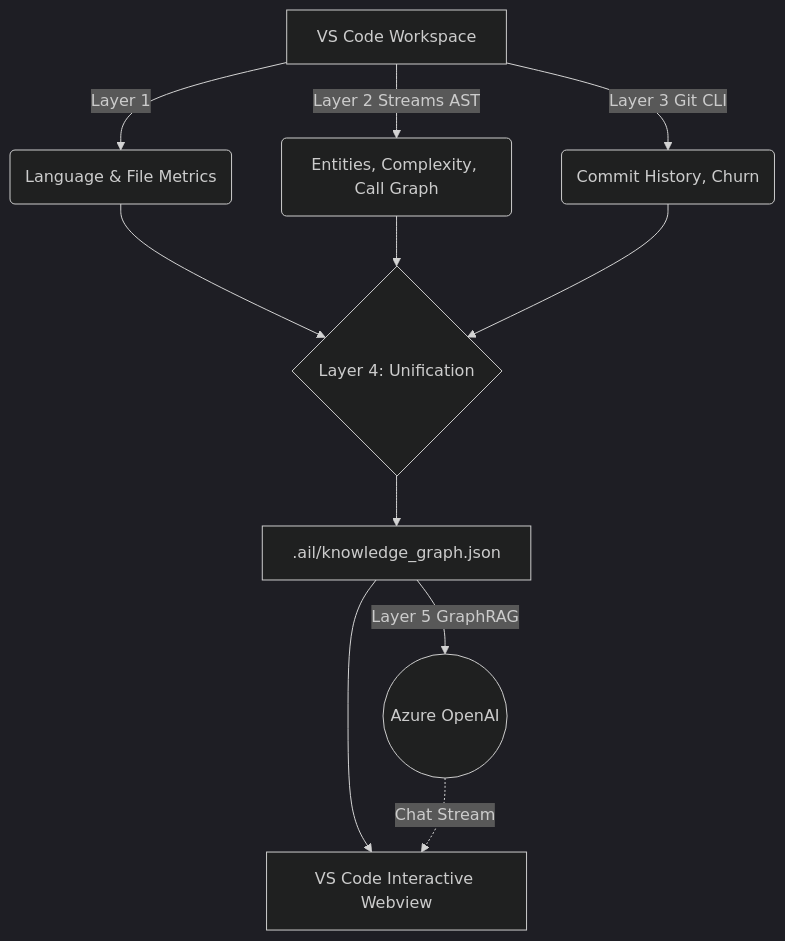
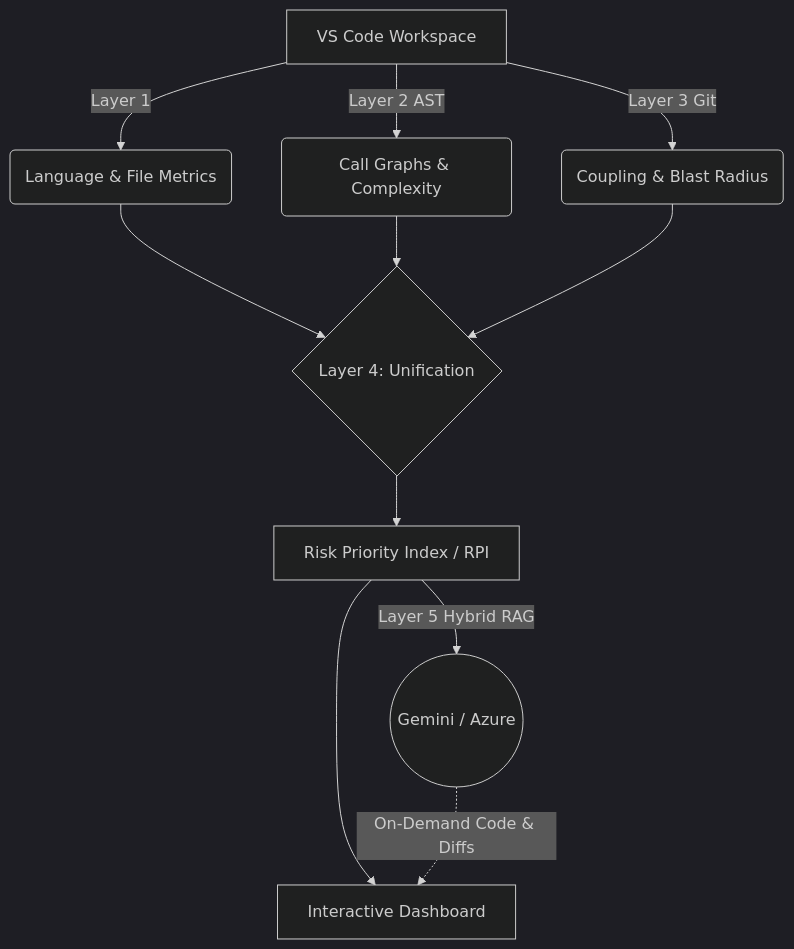
Before and after one commit to RajRudra06/AIL: the diagram in README.md, drawn with Mermaid (dark theme). The commit also changed other lines of this file and 3 other files, not shown here.

Commit message:
Intelligence Upgrade: Hybrid Code-Aware RAG, RPI Risk Metrics, Co-Change Coupling, and Blast Radius Analysis

````diff
--- a/README.md
+++ b/README.md
@@ -71,13 +76,13 @@
 ```mermaid
 graph TD
     A[VS Code Workspace] -->|Layer 1| B(Language & File Metrics)
-    A -->|Layer 2 Streams AST| C(Entities, Complexity, Call Graph)
-    A -->|Layer 3 Git CLI| D(Commit History, Churn)
+    A -->|Layer 2 AST| C(Call Graphs & Complexity)
+    A -->|Layer 3 Git| D(Coupling & Blast Radius)
     B --> E{Layer 4: Unification}
     C --> E
     D --> E
-    E --> F[.ail/knowledge_graph.json]
-    F -->|Layer 5 GraphRAG| H((Azure OpenAI))
-    F --> G[VS Code Interactive Webview]
-    H -.->|Chat Stream| G
+    E --> F[Risk Priority Index / RPI]
+    F -->|Layer 5 Hybrid RAG| H((Gemini / Azure))
+    F --> G[Interactive Dashboard]
+    H -.->|On-Demand Code & Diffs| G
 ```
````
